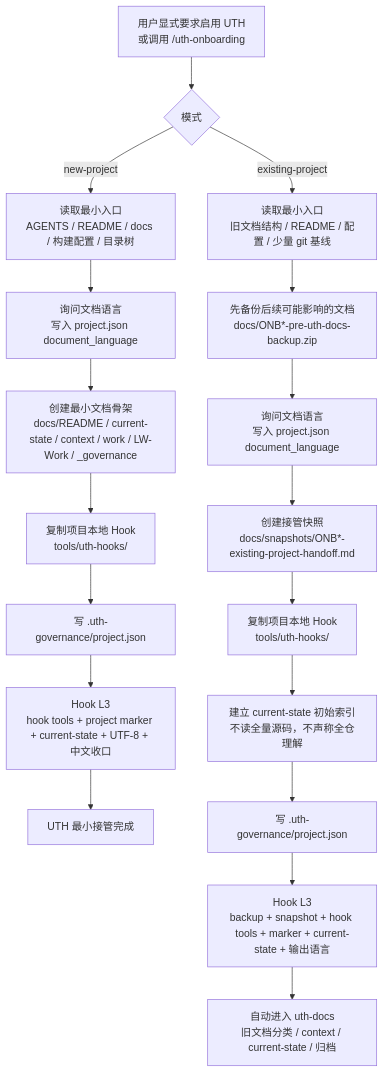
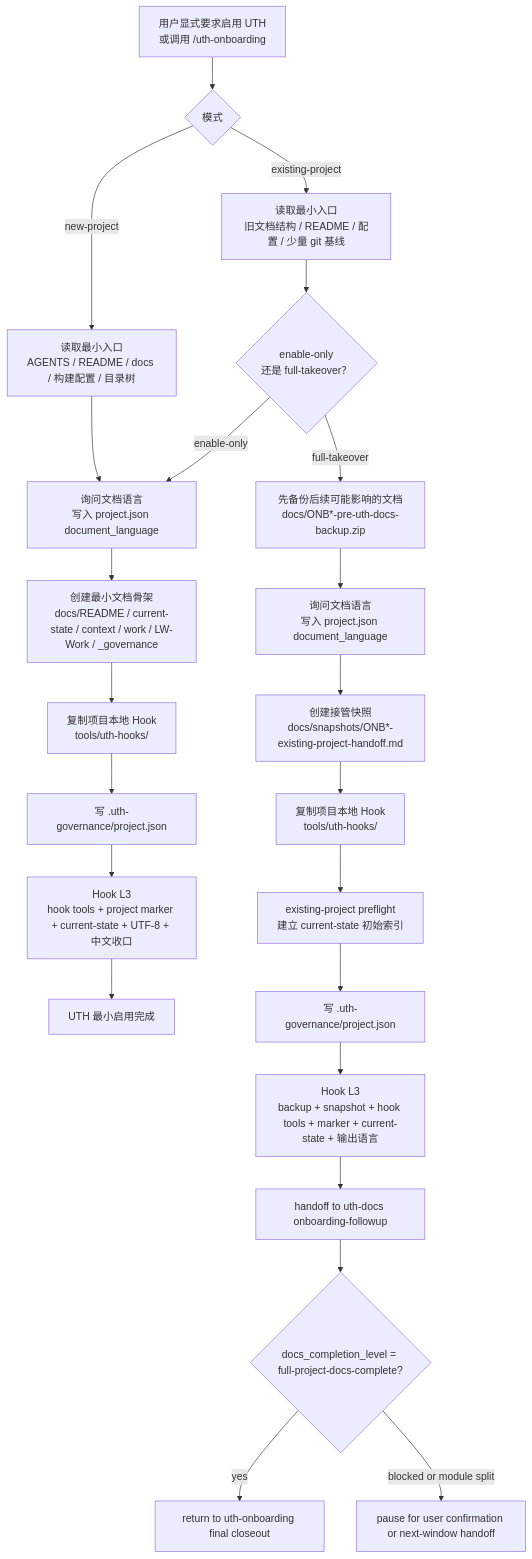
The fourth of 13 diagrams in docs/FLOW_全链路流程图.md (undertaker33/uth-governance), drawn with Mermaid before and after one commit. The commit also changed other lines of this file and 21 other files, not shown here.

Commit message:
feat: enforce UTH takeover docs governance

````diff
--- a/docs/FLOW_全链路流程图.md
+++ b/docs/FLOW_全链路流程图.md
@@ -91,22 +95,27 @@
 ```mermaid
 flowchart TD
     A["用户显式要求启用 UTH<br/>或调用 /uth-onboarding"] --> B{"模式"}
     B -- "new-project" --> C["读取最小入口<br/>AGENTS / README / docs / 构建配置 / 目录树"]
     B -- "existing-project" --> D["读取最小入口<br/>旧文档结构 / README / 配置 / 少量 git 基线"]
 
     C --> E0["询问文档语言<br/>写入 project.json document_language"]
     E0 --> E["创建最小文档骨架<br/>docs/README / current-state / context / work / LW-Work / _governance"]
     E --> F["复制项目本地 Hook<br/>tools/uth-hooks/"]
     F --> G["写 .uth-governance/project.json"]
     G --> H1["Hook L3<br/>hook tools + project marker + current-state + UTF-8 + 中文收口"]
-    H1 --> H["UTH 最小接管完成"]
+    H1 --> H["UTH 最小启用完成"]
 
-    D --> I["先备份后续可能影响的文档<br/>docs/ONB*-pre-uth-docs-backup.zip"]
+    D --> D1{"enable-only<br/>还是 full-takeover？"}
+    D1 -- "enable-only" --> E0
+    D1 -- "full-takeover" --> I["先备份后续可能影响的文档<br/>docs/ONB*-pre-uth-docs-backup.zip"]
     I --> I0["询问文档语言<br/>写入 project.json document_language"]
     I0 --> J["创建接管快照<br/>docs/snapshots/ONB*-existing-project-handoff.md"]
     J --> K["复制项目本地 Hook<br/>tools/uth-hooks/"]
-    K --> L["建立 current-state 初始索引<br/>不读全量源码，不声称全仓理解"]
+    K --> L["existing-project preflight<br/>建立 current-state 初始索引"]
     L --> M["写 .uth-governance/project.json"]
     M --> M1["Hook L3<br/>backup + snapshot + hook tools + marker + current-state + 输出语言"]
-    M1 --> N["自动进入 uth-docs<br/>旧文档分类 / context / current-state / 归档"]
+    M1 --> N["handoff to uth-docs onboarding-followup"]
+    N --> O{"docs_completion_level = full-project-docs-complete?"}
+    O -- "yes" --> P["return to uth-onboarding final closeout"]
+    O -- "blocked or module split" --> Q["pause for user confirmation or next-window handoff"]
 ```
````
